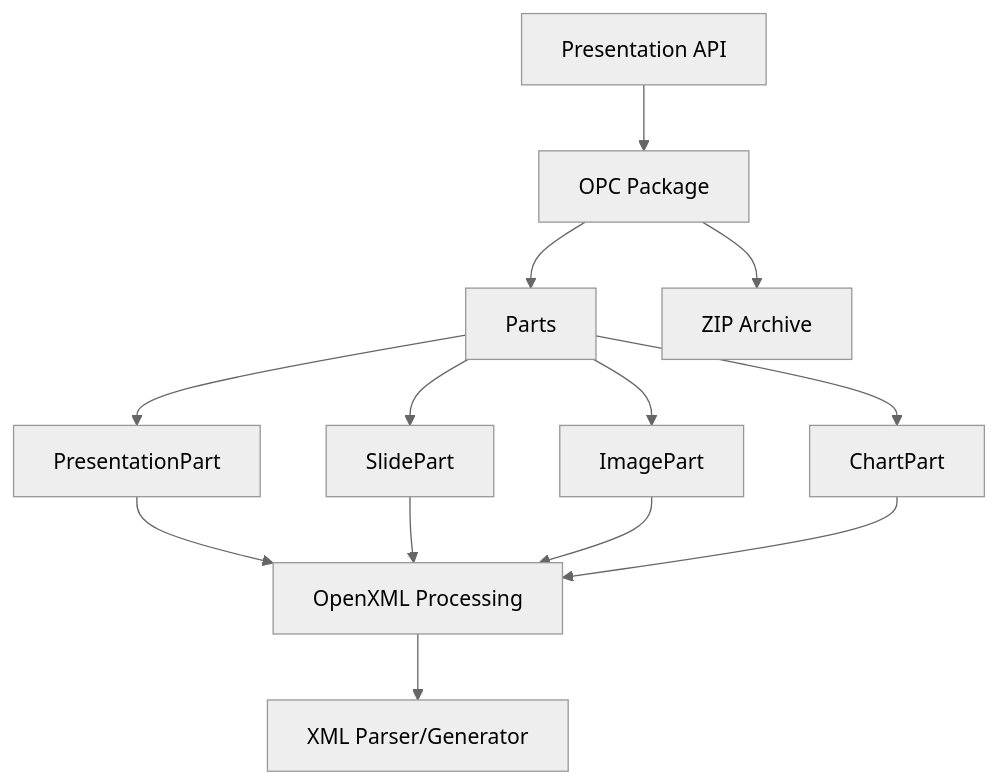
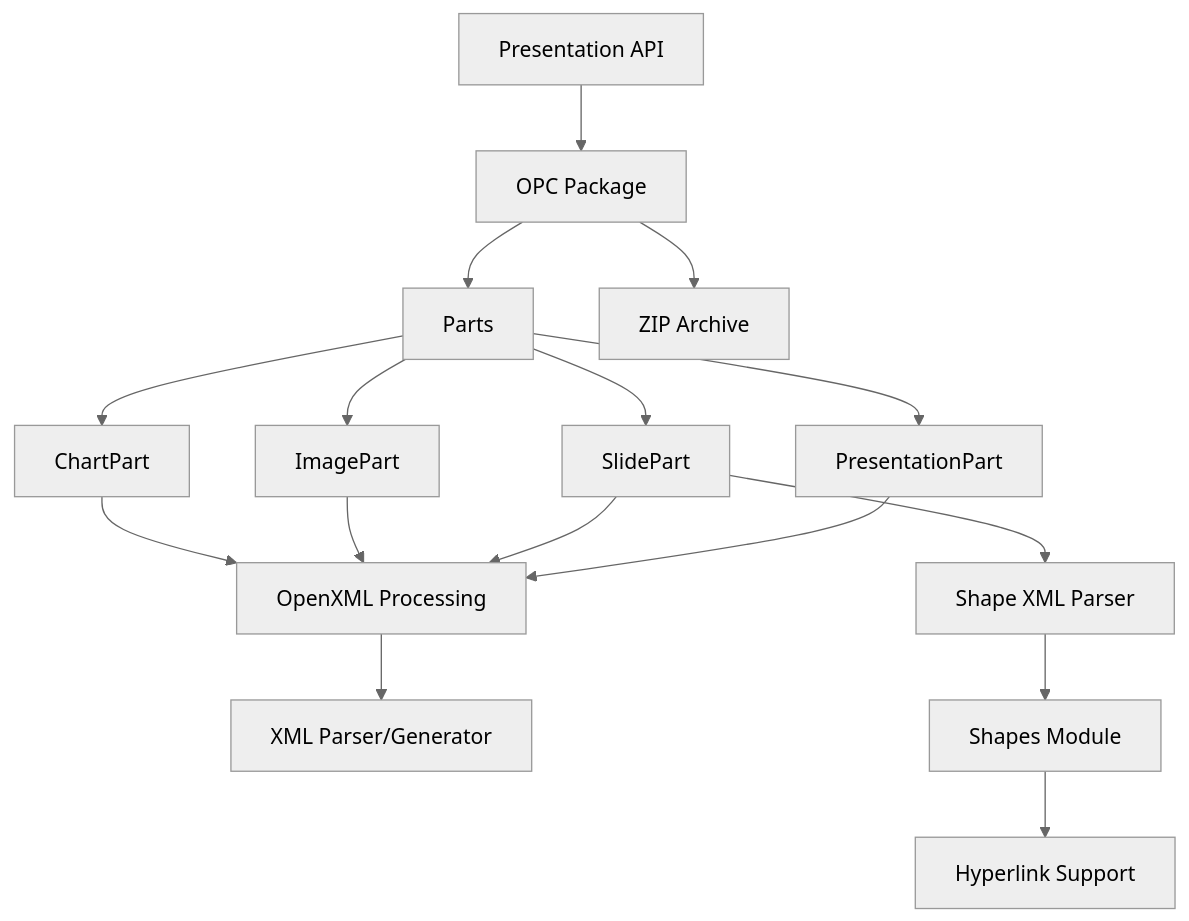
One commit to yingkitw/ppt-rs changed the diagram in README.md. Above: the diagram before and after it, drawn with Mermaid (neutral theme). The commit also changed other lines of this file and 26 other files, not shown here.

Commit message:
Enhance architecture documentation, add hyperlink support, and improve shape functionalities. Updated version to 0.1.1 in Cargo.toml. Expanded AutoShape and ChartType enums with additional types. Implemented XML parsing for shapes and core properties. Increased test coverage to 128 passing tests.

````diff
--- a/README.md
+++ b/README.md
@@ -51,15 +66,18 @@
 ```mermaid
 graph TB
     A[Presentation API] --> B[OPC Package]
     B --> C[Parts]
     C --> D[PresentationPart]
     C --> E[SlidePart]
     C --> F[ImagePart]
     C --> G[ChartPart]
     D --> H[OpenXML Processing]
     E --> H
     F --> H
     G --> H
     H --> I[XML Parser/Generator]
     B --> J[ZIP Archive]
+    E --> K[Shape XML Parser]
+    K --> L[Shapes Module]
+    L --> M[Hyperlink Support]
 ```
````
